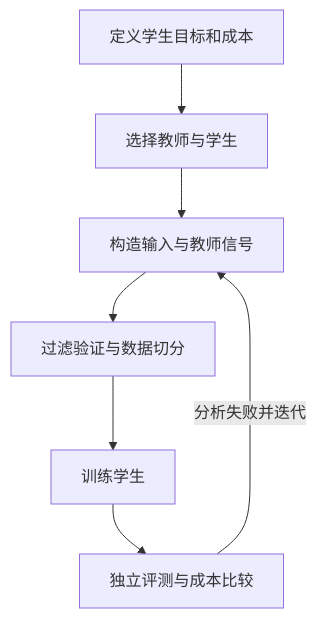
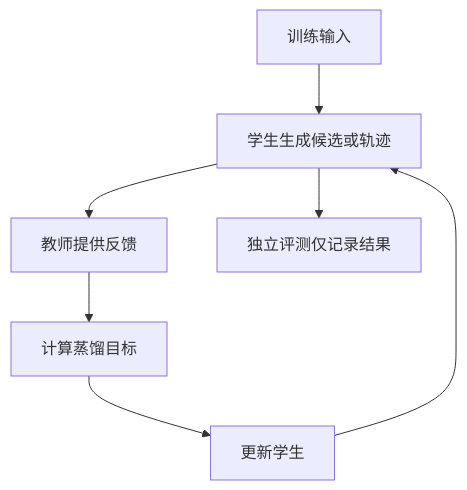
The second of 2 diagrams in chapters/05-distillation.md (YZYExp/Learn-Model-Train), drawn with Mermaid before and after one commit. The commit also changed other lines of this file and 4 other files, not shown here.

````diff
--- a/chapters/05-distillation.md
+++ b/chapters/05-distillation.md
@@ -5,9 +161,9 @@
 ```mermaid
 flowchart TD
- A[定义学生目标和成本] --> B[选择教师与学生]
- B --> C[构造输入与教师信号]
- C --> D[过滤验证与数据切分]
- D --> E[训练学生]
- E --> F[独立评测与成本比较]
- F -->|分析失败并迭代| C
+ A[训练输入] --> B[学生生成候选或轨迹]
+ B --> C[教师提供反馈]
+ C --> D[计算蒸馏目标]
+ D --> E[更新学生]
+ E --> B
+ B --> F[独立评测仅记录结果]
 ```
````
